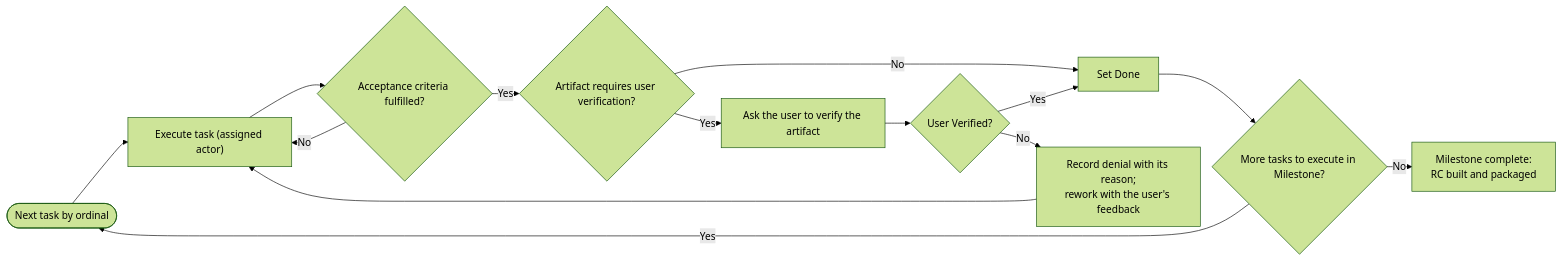
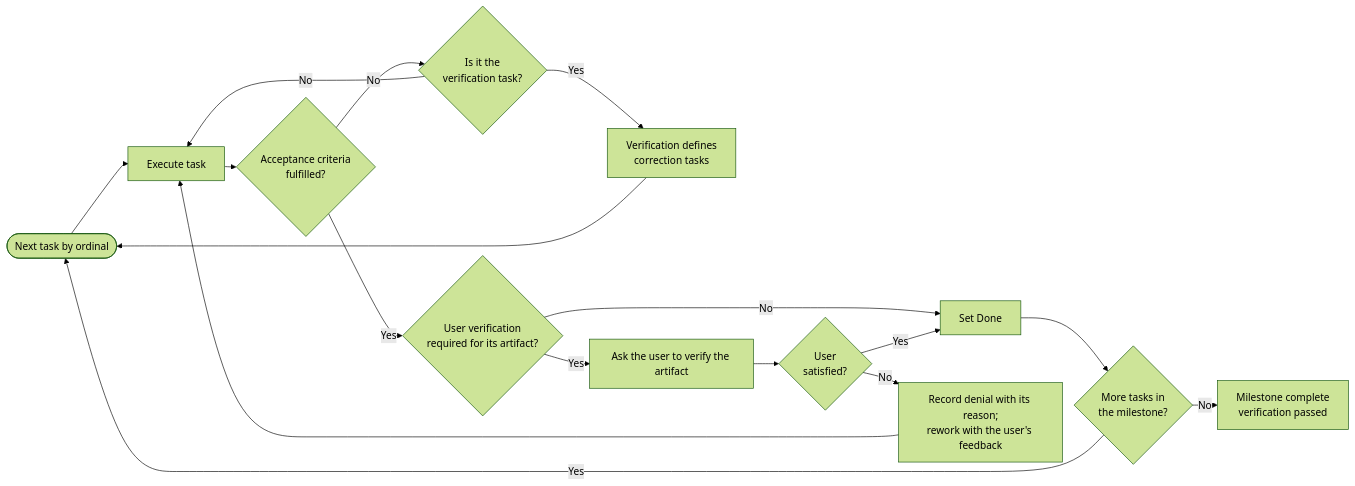
One commit to lyndametref/opencode-dev-workflow changed the diagram in workflows/orchestrator/4-Implementation.md. Above: the diagram before and after it, drawn with Mermaid (forest theme). The commit also changed other lines of this file and 9 other files, not shown here.

````diff
--- a/workflows/orchestrator/4-Implementation.md
+++ b/workflows/orchestrator/4-Implementation.md
@@ -28,17 +27,20 @@
 ```mermaid
 %%{init: {"flowchart": {"nodeSpacing": 10, "rankSpacing": 18}}}%%
 flowchart LR
-    SEL([Next task by ordinal]) --> RUN["Execute task (assigned actor)"]
-    RUN --> AC{"Acceptance criteria fulfilled?"}
-    AC -->|"No"| RUN
-    AC -->|"Yes"| NEED{"Artifact requires user verification?"}
+    SEL([Next task by ordinal]) --> RUN["Execute task"]
+    RUN --> AC{"Acceptance criteria<br/>fulfilled?"}
+    AC -->|"No"| VFAIL{"Is it the<br/>verification task?"}
+    VFAIL -->|"No"| RUN
+    VFAIL -->|"Yes"| CORR["Verification defines<br/>correction tasks"]
+    CORR --> SEL
+    AC -->|"Yes"| NEED{"User verification<br/>required for its artifact?"}
     NEED -->|"No"| DONE["Set Done"]
     NEED -->|"Yes"| ASK["Ask the user to verify the artifact"]
-    ASK --> VOK{"User Verified?"}
+    ASK --> VOK{"User<br/>satisfied?"}
     VOK -->|"No"| REWORK["Record denial with its reason;<br/>rework with the user's feedback"]
     REWORK --> RUN
     VOK -->|"Yes"| DONE
-    DONE --> MORE{"More tasks to execute in Milestone?"}
+    DONE --> MORE{"More tasks in<br/>the milestone?"}
     MORE -->|"Yes"| SEL
-    MORE -->|"No"| STOP["Milestone complete:<br/>RC built and packaged"]
+    MORE -->|"No"| COMP["Milestone complete<br/>verification passed"]
 ```
````
